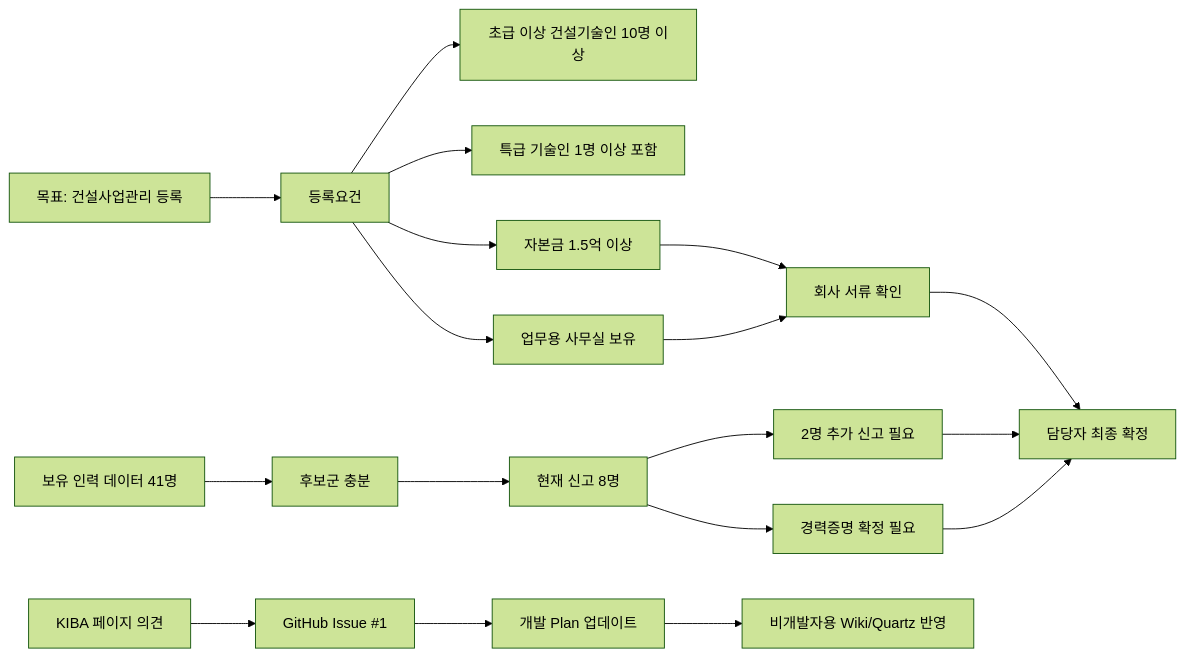
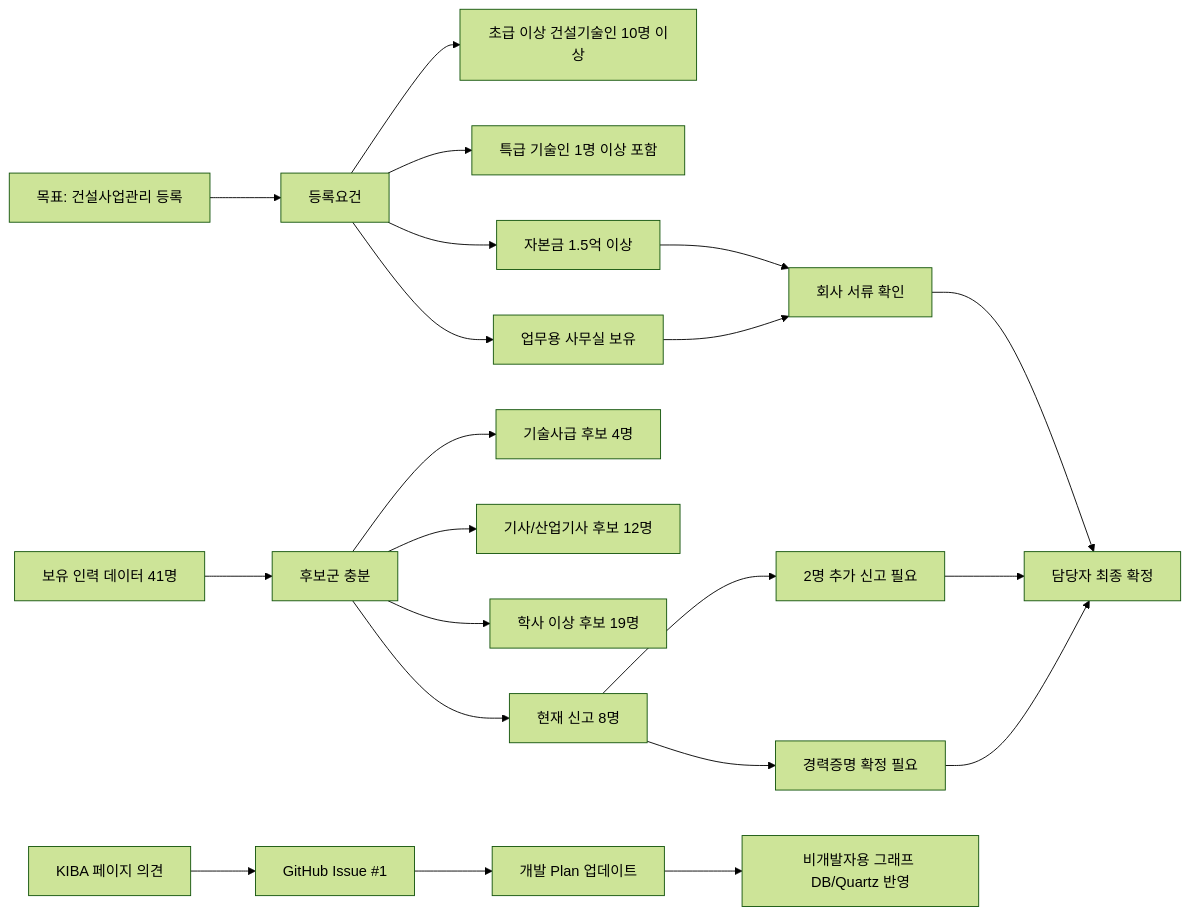
One commit to feed-mina/kiba_2026 changed the diagram in wiki/엔지니어링협회등록-그래프-DB.md. Above: the diagram before and after it, drawn with Mermaid (forest theme). The commit also changed other lines of this file and 43 other files, not shown here.

````diff
--- a/wiki/엔지니어링협회등록-그래프-DB.md
+++ b/wiki/엔지니어링협회등록-그래프-DB.md
@@ -13,20 +17,27 @@
 ```mermaid
 flowchart LR
   Goal["목표: 건설사업관리 등록"] --> Req["등록요건"]
   Req --> R1["초급 이상 건설기술인 10명 이상"]
   Req --> R2["특급 기술인 1명 이상 포함"]
   Req --> R3["자본금 1.5억 이상"]
   Req --> R4["업무용 사무실 보유"]
+
   Data["보유 인력 데이터 41명"] --> Candidate["후보군 충분"]
+  Candidate --> C1["기술사급 후보 4명"]
+  Candidate --> C2["기사/산업기사 후보 12명"]
+  Candidate --> C3["학사 이상 후보 19명"]
+
   Candidate --> Status["현재 신고 8명"]
   Status --> Gap["2명 추가 신고 필요"]
   Status --> Evidence["경력증명 확정 필요"]
-  Gap --> Decision["담당자 최종 확정"]
-  Evidence --> Decision
+
+  Evidence --> Decision["담당자 최종 확정"]
+  Gap --> Decision
   R3 --> CompanyDocs["회사 서류 확인"]
   R4 --> CompanyDocs
   CompanyDocs --> Decision
+
   Comment["KIBA 페이지 의견"] --> Issue["GitHub Issue #1"]
   Issue --> Plan["개발 Plan 업데이트"]
-  Plan --> Graph["비개발자용 Wiki/Quartz 반영"]
+  Plan --> Graph["비개발자용 그래프 DB/Quartz 반영"]
 ```
````
